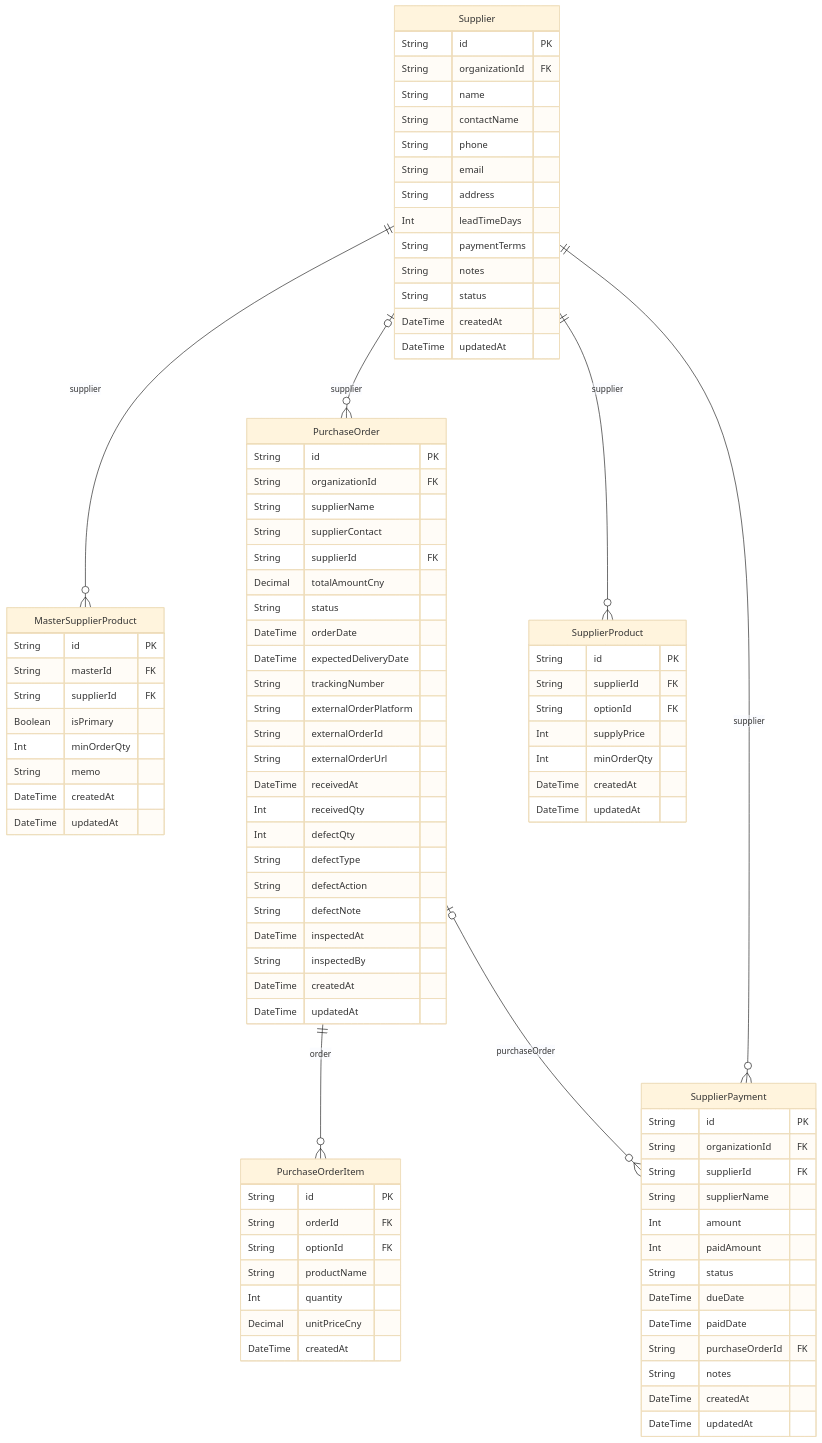
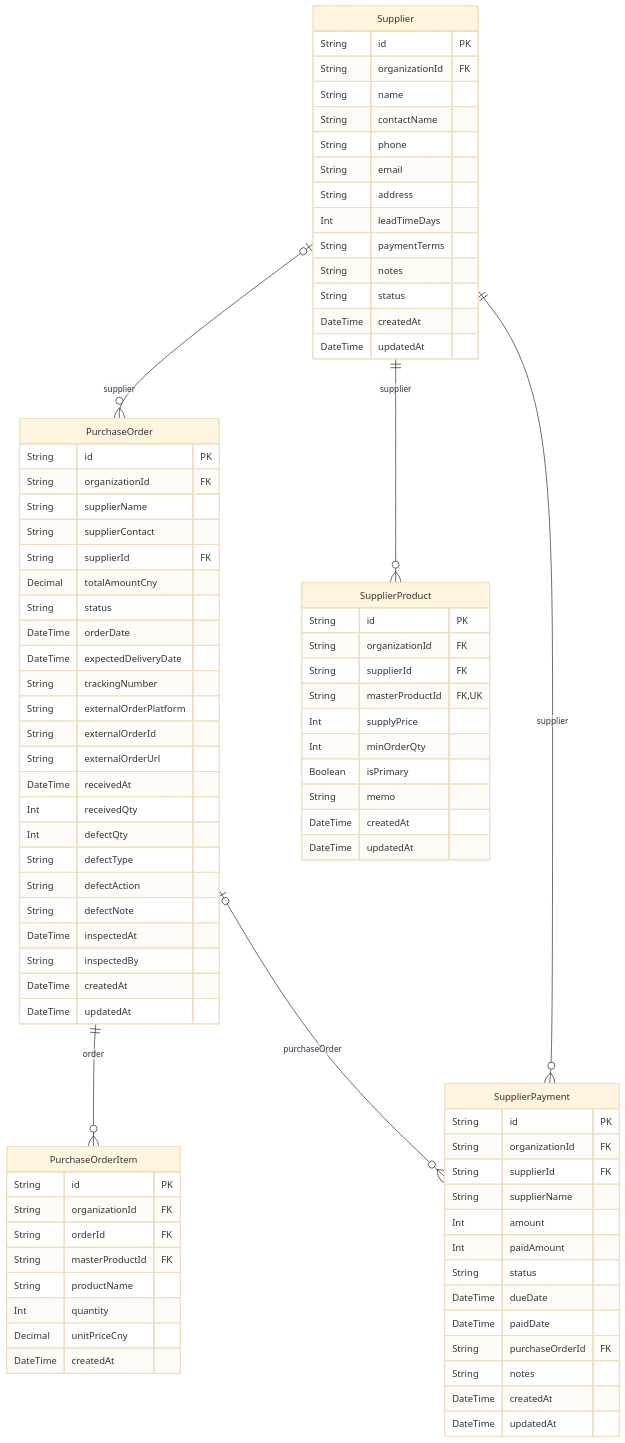
The diagram in docs/erd/supply.md (AgentFoundry-Labs/kiditem), drawn with Mermaid (base theme) before and after one commit. The commit also changed other lines of this file and 1064 other files, not shown here.

````diff
--- a/docs/erd/supply.md
+++ b/docs/erd/supply.md
@@ -21,15 +20,5 @@
 ```mermaid
 erDiagram
-  MasterSupplierProduct {
-    String id PK
-    String masterId FK
-    String supplierId FK
-    Boolean isPrimary
-    Int minOrderQty
-    String memo
-    DateTime createdAt
-    DateTime updatedAt
-  }
   PurchaseOrder {
     String id PK
     String organizationId FK
@@ -57,8 +46,9 @@
   }
   PurchaseOrderItem {
     String id PK
+    String organizationId FK
     String orderId FK
-    String optionId FK
+    String masterProductId FK
     String productName
     Int quantity
     Decimal unitPriceCny
@@ -96,16 +86,18 @@
   }
   SupplierProduct {
     String id PK
+    String organizationId FK
     String supplierId FK
-    String optionId FK
+    String masterProductId FK,UK
     Int supplyPrice
     Int minOrderQty
+    Boolean isPrimary
+    String memo
     DateTime createdAt
     DateTime updatedAt
   }
   PurchaseOrder ||--o{ PurchaseOrderItem : "order"
   PurchaseOrder o|--o{ SupplierPayment : "purchaseOrder"
-  Supplier ||--o{ MasterSupplierProduct : "supplier"
   Supplier o|--o{ PurchaseOrder : "supplier"
   Supplier ||--o{ SupplierPayment : "supplier"
   Supplier ||--o{ SupplierProduct : "supplier"
````
